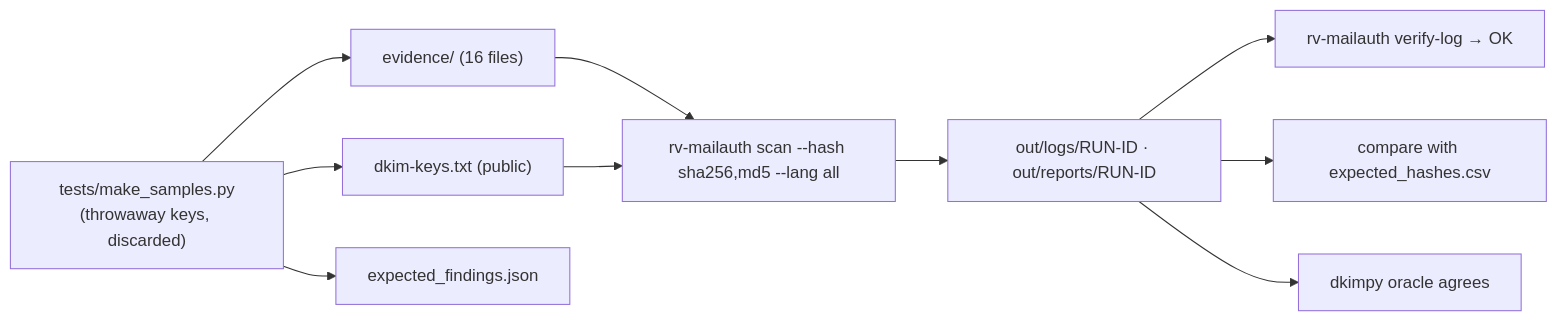
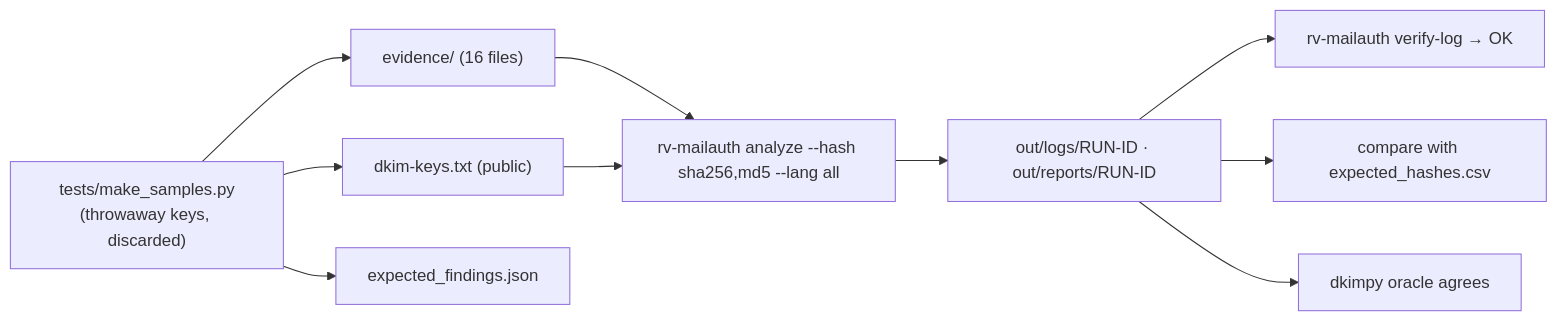
Before and after one commit to Panacota96/rv-mailauth: the diagram in examples/README.md, drawn with Mermaid. The commit also changed 6 other files, not shown here.

````diff
--- a/examples/README.md
+++ b/examples/README.md
@@ -34,10 +34,10 @@
 ```mermaid
 flowchart LR
     G["tests/make_samples.py<br/>(throwaway keys, discarded)"] --> E["evidence/ (16 files)"] & K["dkim-keys.txt (public)"] & X["expected_findings.json"]
-    E --> S["rv-mailauth scan --hash sha256,md5 --lang all"]
+    E --> S["rv-mailauth analyze --hash sha256,md5 --lang all"]
     K --> S
     S --> O["out/logs/RUN-ID · out/reports/RUN-ID"]
     O --> V["rv-mailauth verify-log → OK"]
     O --> C["compare with expected_hashes.csv"]
     O --> D["dkimpy oracle agrees"]
 ```
````
